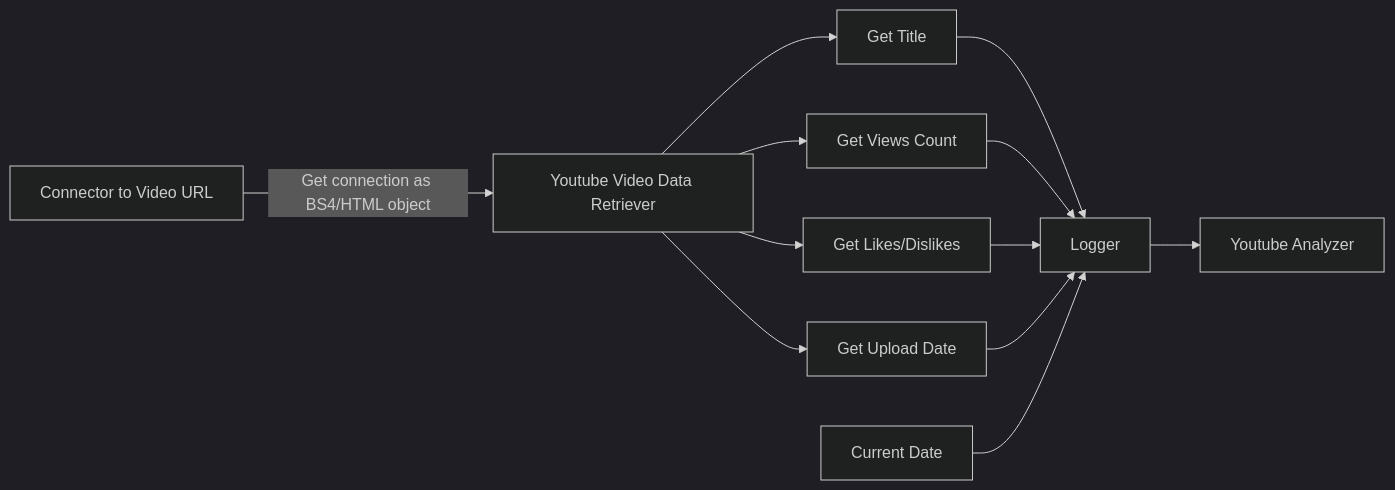
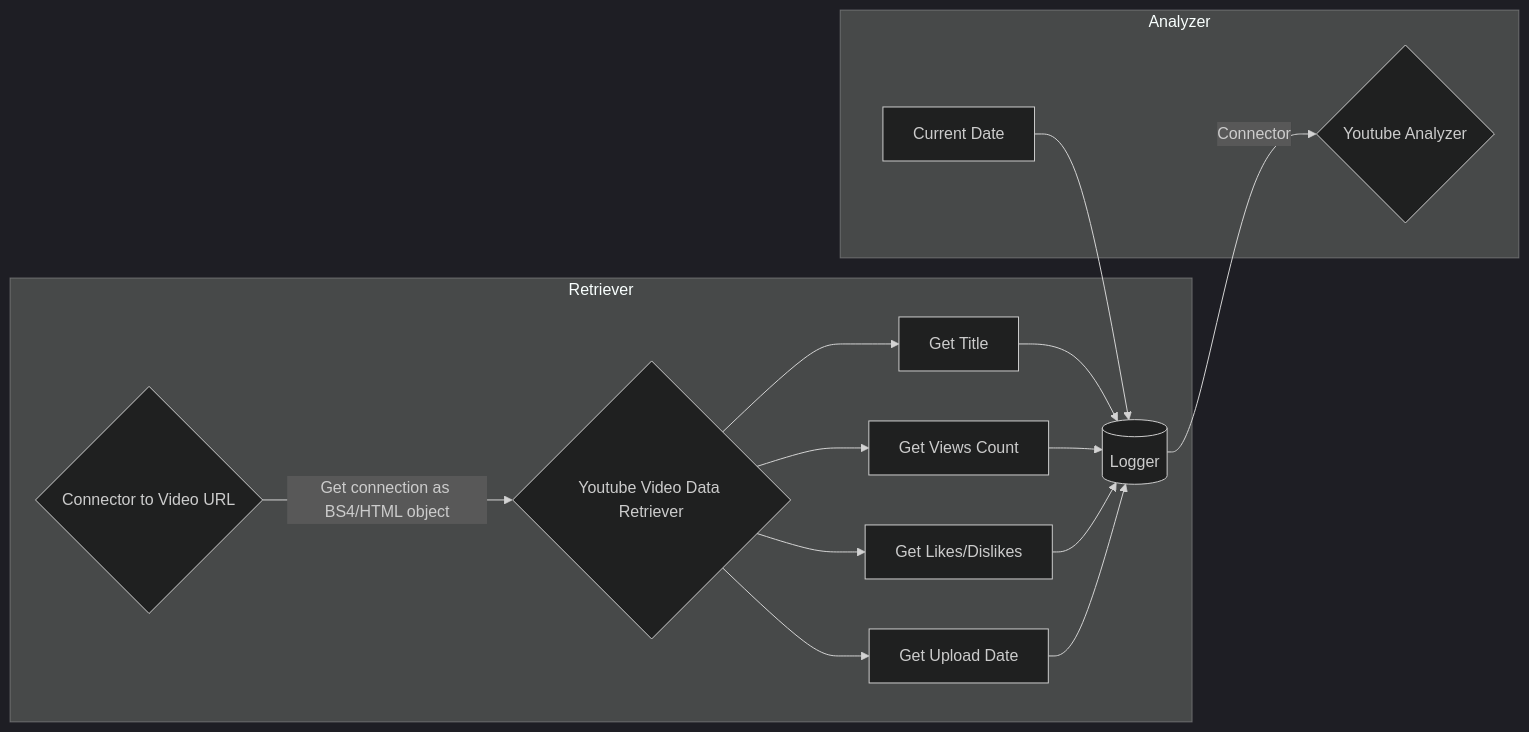
One commit to gpsyrou/Youtube_Virality_Predictor changed the diagram in tube/README.md. Above: the diagram before and after it, drawn with Mermaid (dark theme).

Commit message:
update plan

````diff
--- a/tube/README.md
+++ b/tube/README.md
@@ -2,14 +2,19 @@
 ```mermaid
 graph   LR
-    A[Connector to Video URL] -->|Get connection as BS4/HTML object| B[Youtube Video Data Retriever]
+    subgraph Retriever
+    A{Connector to Video URL} -->|Get connection as BS4/HTML object| B{Youtube Video Data Retriever}
+    
     B --> D[Get Title]
     B --> F[Get Views Count]
     B --> E[Get Likes/Dislikes]
     B --> G[Get Upload Date]
-    D --> I[Logger]
-    F --> I[Logger]
-    E --> I[Logger]
-    G --> I[Logger]
-    J[Current Date] --> I[Logger]
-    I[Logger] --> K[Youtube Analyzer]
+    D --> I[(Logger)]
+    F --> I[(Logger)]
+    E --> I[(Logger)]
+    G --> I[(Logger)]
+    end
+    subgraph Analyzer
+    J[Current Date] --> I[(Logger)]
+    I[(Logger)] --> |Connector| K{Youtube Analyzer}
+    end
 ```
````
